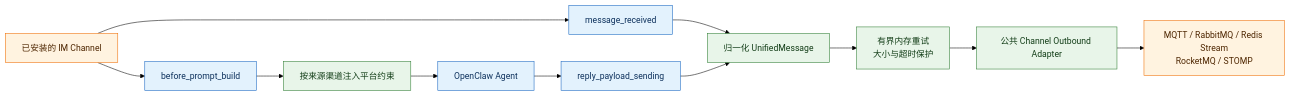
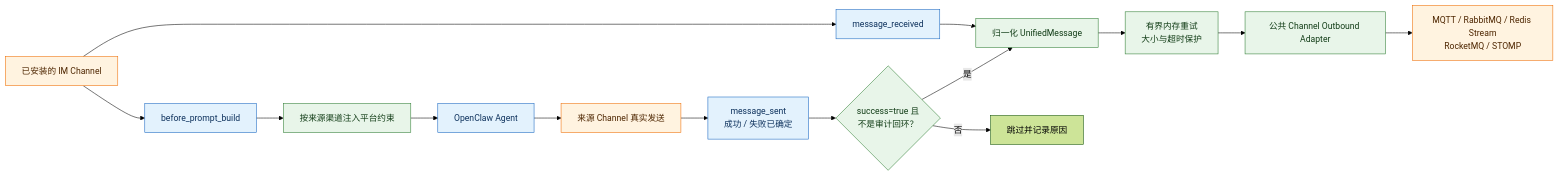
The first of 2 diagrams in extensions/bridge/README.zh-CN.md (partme-ai/openclaw-plugins), drawn with Mermaid (forest theme) before and after one commit. The commit also changed other lines of this file and 592 other files, not shown here.

First line of the commit message:
feat(e2e): 添加地图能力插件与微信抖音扩展功能

````diff
--- a/extensions/bridge/README.zh-CN.md
+++ b/extensions/bridge/README.zh-CN.md
@@ -9,21 +9,24 @@
 ```mermaid
 flowchart LR
     IM["已安装的 IM Channel"] --> H1["before_prompt_build"]
     H1 --> C["按来源渠道注入平台约束"]
     C --> A["OpenClaw Agent"]
 
     IM --> H2["message_received"]
-    A --> H3["reply_payload_sending"]
+    A --> TX["来源 Channel 真实发送"]
+    TX --> H3["message_sent<br/>成功 / 失败已确定"]
     H2 --> N["归一化 UnifiedMessage"]
-    H3 --> N
+    H3 --> S{"success=true 且<br/>不是审计回环？"}
+    S -->|"是"| N
+    S -->|"否"| SKIP["跳过并记录原因"]
     N --> R["有界内存重试<br/>大小与超时保护"]
     R --> AD["公共 Channel Outbound Adapter"]
     AD --> MQ["MQTT / RabbitMQ / Redis Stream<br/>RocketMQ / STOMP"]
 
     classDef hook fill:#e3f2fd,stroke:#1565c0,color:#0d315c
     classDef bridge fill:#e8f5e9,stroke:#2e7d32,color:#123d17
     classDef external fill:#fff3e0,stroke:#ef6c00,color:#4e2600
     class H1,H2,H3,A hook
-    class C,N,R,AD bridge
-    class IM,MQ external
+    class C,N,R,AD,S bridge
+    class IM,TX,MQ external
 ```
````
